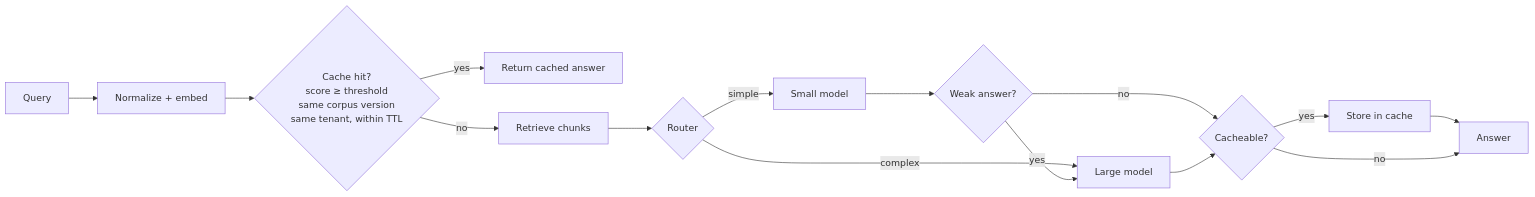
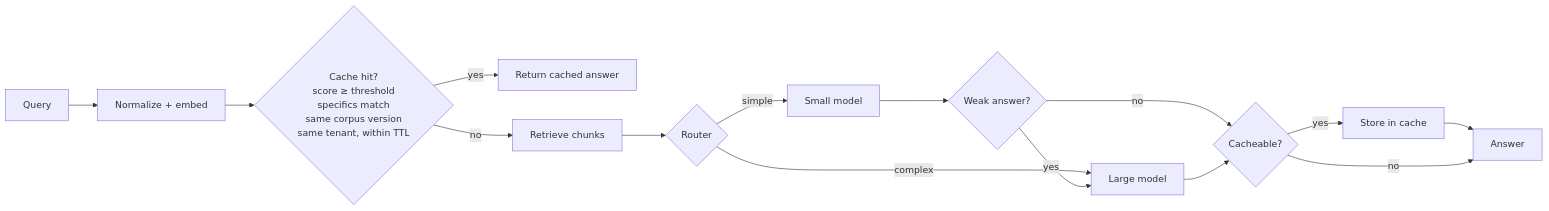
One commit to YuktaChaubal27/semantic-cache-router changed the diagram in README.md. Above: the diagram before and after it, drawn with Mermaid. The commit also changed other lines of this file and 8 other files, not shown here.

````diff
--- a/README.md
+++ b/README.md
@@ -20,16 +20,16 @@
 ```mermaid
 flowchart LR
     Q[Query] --> N[Normalize + embed]
-    N --> C{Cache hit?<br/>score ≥ threshold<br/>same corpus version<br/>same tenant, within TTL}
+    N --> C{Cache hit?<br/>score ≥ threshold<br/>specifics match<br/>same corpus version<br/>same tenant, within TTL}
     C -- yes --> A[Return cached answer]
     C -- no --> R[Retrieve chunks]
     R --> RT{Router}
     RT -- simple --> S[Small model]
     RT -- complex --> L[Large model]
     S --> E{Weak answer?}
     E -- yes --> L
     E -- no --> K{Cacheable?}
     L --> K
     K -- yes --> ST[Store in cache] --> OUT[Answer]
     K -- no --> OUT
 ```
````
